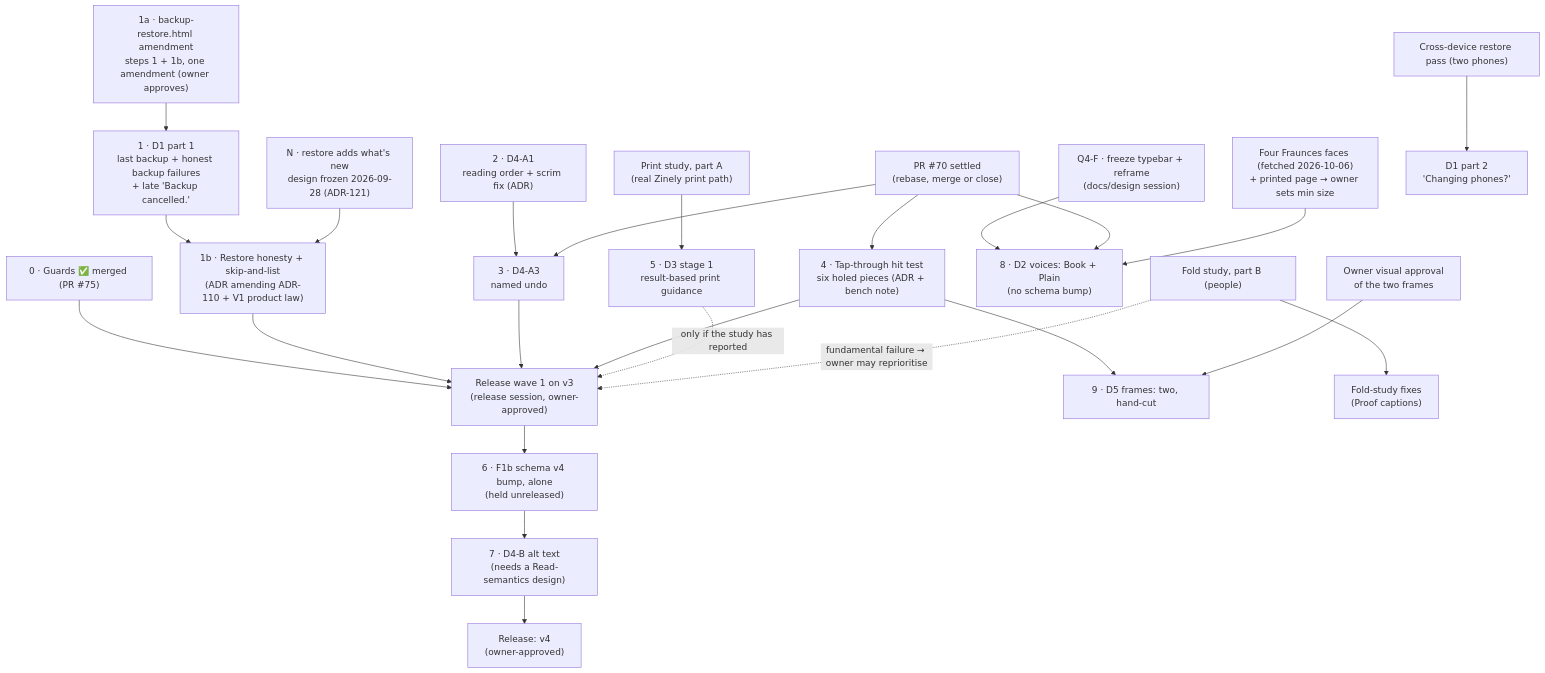
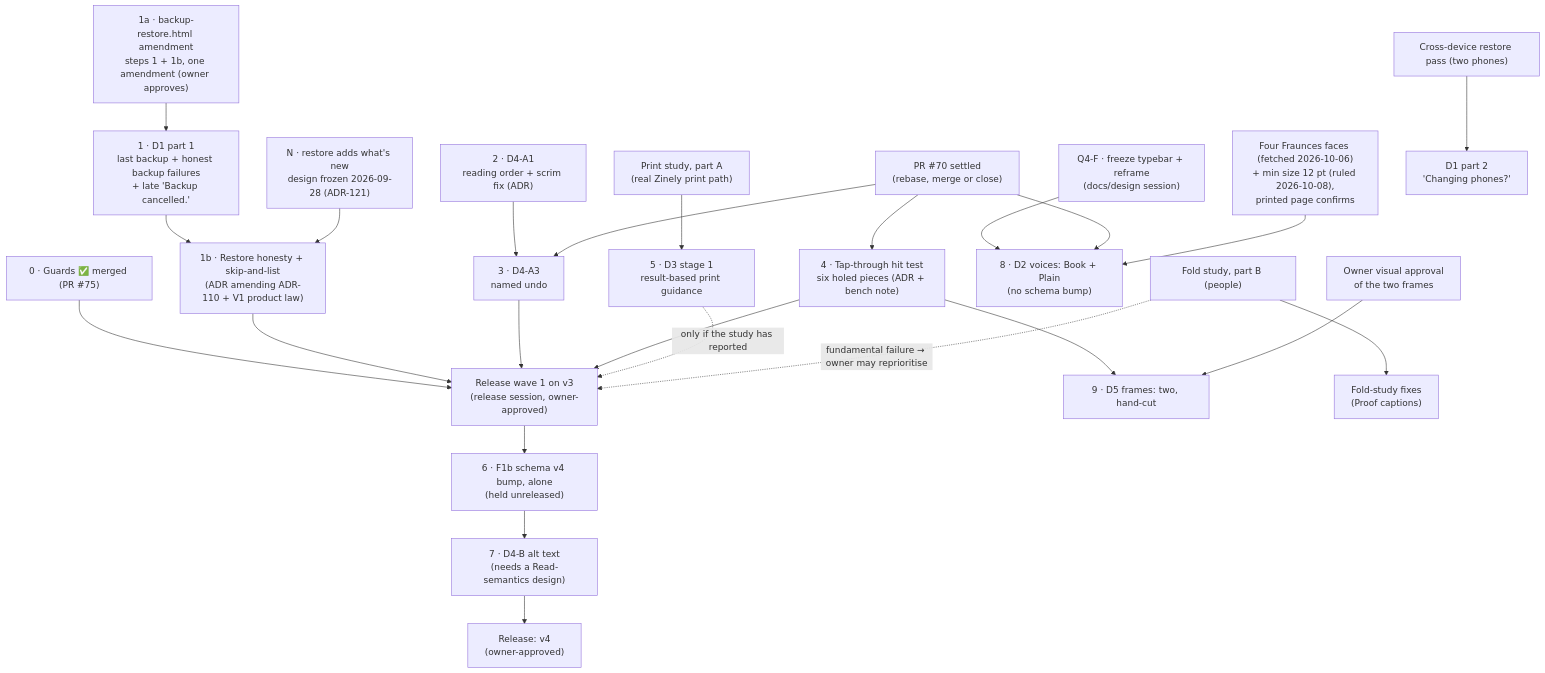
One commit to aritr-codes/zinely-android changed the diagram in docs/planning/ZINELY-1X-IMPLEMENTATION-PLAN.md. Above: the diagram before and after it, drawn with Mermaid. The commit also changed other lines of this file and 8 other files, not shown here.

````diff
--- a/docs/planning/ZINELY-1X-IMPLEMENTATION-PLAN.md
+++ b/docs/planning/ZINELY-1X-IMPLEMENTATION-PLAN.md
@@ -314,27 +314,27 @@
 ```mermaid
 flowchart TB
     S0["0 · Guards ✅ merged (PR #75)"]
     A1["1a · backup-restore.html amendment<br/>steps 1 + 1b, one amendment (owner approves)"] --> S1["1 · D1 part 1<br/>last backup + honest backup failures<br/>+ late 'Backup cancelled.'"]
     S1 --> S1B["1b · Restore honesty + skip-and-list<br/>(ADR amending ADR-110 + V1 product law)"]
     SN["N · restore adds what's new<br/>design frozen 2026-09-28 (ADR-121)"] --> S1B
     S2["2 · D4-A1<br/>reading order + scrim fix (ADR)"] --> S3["3 · D4-A3<br/>named undo"]
     P70["PR #70 settled<br/>(rebase, merge or close)"] --> S3
     P70 --> S4["4 · Tap-through hit test<br/>six holed pieces (ADR + bench note)"]
     PS["Print study, part A<br/>(real Zinely print path)"] --> S5["5 · D3 stage 1<br/>result-based print guidance"]
     S0 --> REL
     S1B --> REL
     S3 --> REL
     S4 --> REL
     S5 -. "only if the study has reported" .-> REL["Release wave 1 on v3<br/>(release session, owner-approved)"]
     REL --> S6["6 · F1b schema v4 bump, alone<br/>(held unreleased)"]
     S6 --> S7["7 · D4-B alt text<br/>(needs a Read-semantics design)"]
     S7 --> REL4["Release: v4<br/>(owner-approved)"]
     Q4F["Q4-F · freeze typebar + reframe<br/>(docs/design session)"] --> S8["8 · D2 voices: Book + Plain<br/>(no schema bump)"]
     P70 --> S8
-    FA["Four Fraunces faces (fetched 2026-10-06)<br/>+ printed page → owner sets min size"] --> S8
+    FA["Four Fraunces faces (fetched 2026-10-06)<br/>+ min size 12 pt (ruled 2026-10-08),<br/>printed page confirms"] --> S8
     S4 --> S9["9 · D5 frames: two, hand-cut"]
     OV["Owner visual approval<br/>of the two frames"] --> S9
     XD["Cross-device restore pass (two phones)"] --> D1P2["D1 part 2<br/>'Changing phones?'"]
     FS["Fold study, part B (people)"] --> FX["Fold-study fixes<br/>(Proof captions)"]
     FS -. "fundamental failure → owner may reprioritise" .-> REL
 ```
````
